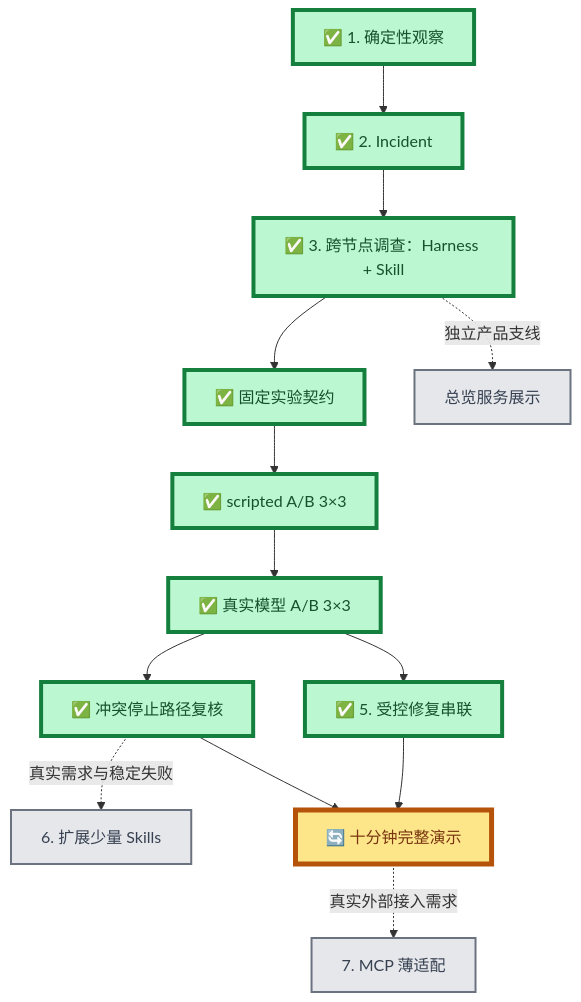
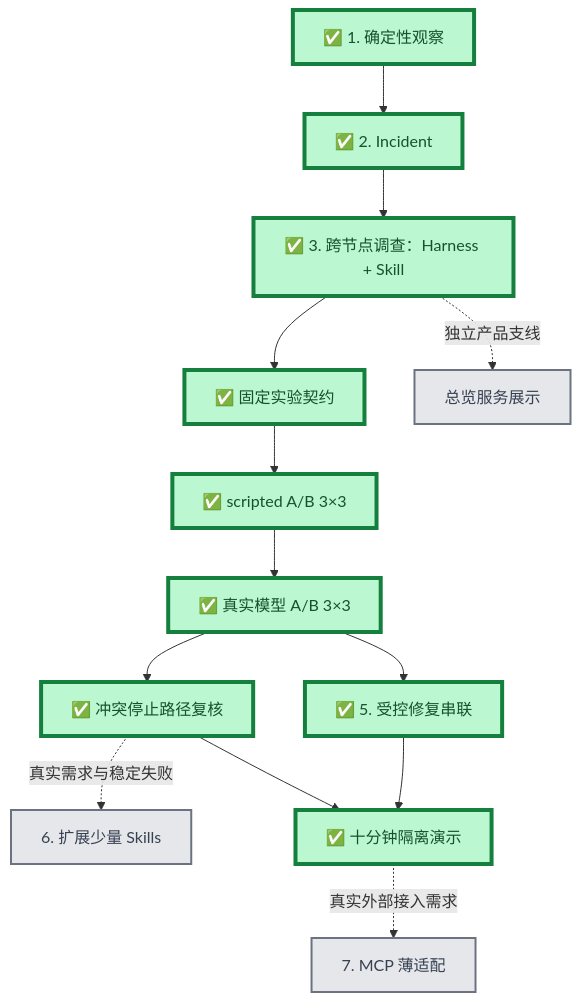
The first of 2 diagrams in docs/project/roadmap.md (Sugarfarmeriod/TunnelMinion), drawn with Mermaid before and after one commit. The commit also changed other lines of this file and 2 other files, not shown here.

````diff
--- a/docs/project/roadmap.md
+++ b/docs/project/roadmap.md
@@ -8,26 +8,25 @@
 ```mermaid
 flowchart TB
     A["✅ 1. 确定性观察"] --> B["✅ 2. Incident"]
     B --> C["✅ 3. 跨节点调查：Harness + Skill"]
 
     C --> D1["✅ 固定实验契约"]
     D1 --> D2["✅ scripted A/B 3×3"]
     D2 --> D3["✅ 真实模型 A/B 3×3"]
 
     D3 --> E["✅ 5. 受控修复串联"]
     D3 --> F["✅ 冲突停止路径复核"]
     F -.真实需求与稳定失败.-> K["6. 扩展少量 Skills"]
-    E --> H["🔄 十分钟完整演示"]
+    E --> H["✅ 十分钟隔离演示"]
     F --> H
     H -.真实外部接入需求.-> G["7. MCP 薄适配"]
 
     C -.独立产品支线.-> U["总览服务展示"]
 
     classDef done fill:#bbf7d0,stroke:#15803d,stroke-width:4px,color:#14532d;
     classDef current fill:#fde68a,stroke:#b45309,stroke-width:5px,color:#78350f;
     classDef next fill:#bfdbfe,stroke:#1d4ed8,stroke-width:3px,color:#1e3a8a;
     classDef later fill:#e5e7eb,stroke:#6b7280,stroke-width:2px,color:#374151;
-    class A,B,C,D1,D2,D3,E,F done;
-    class H current;
+    class A,B,C,D1,D2,D3,E,F,H done;
     class G,U,K later;
 ```
````
